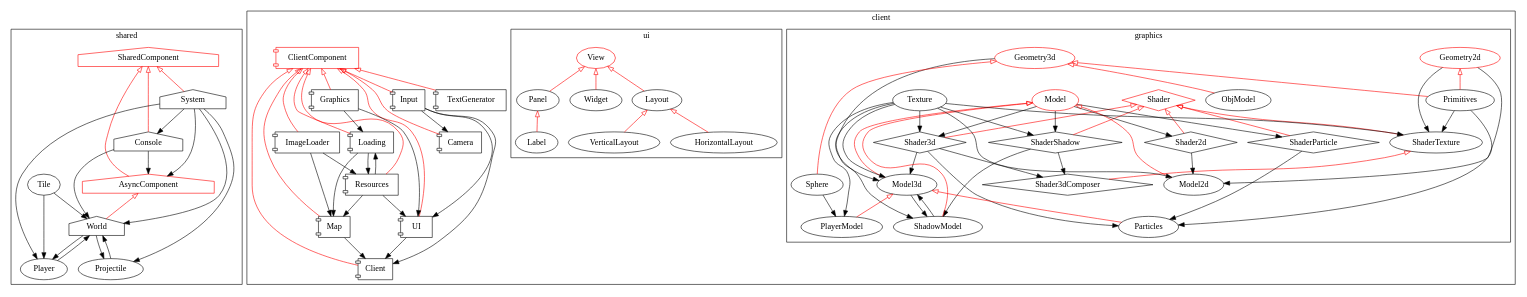
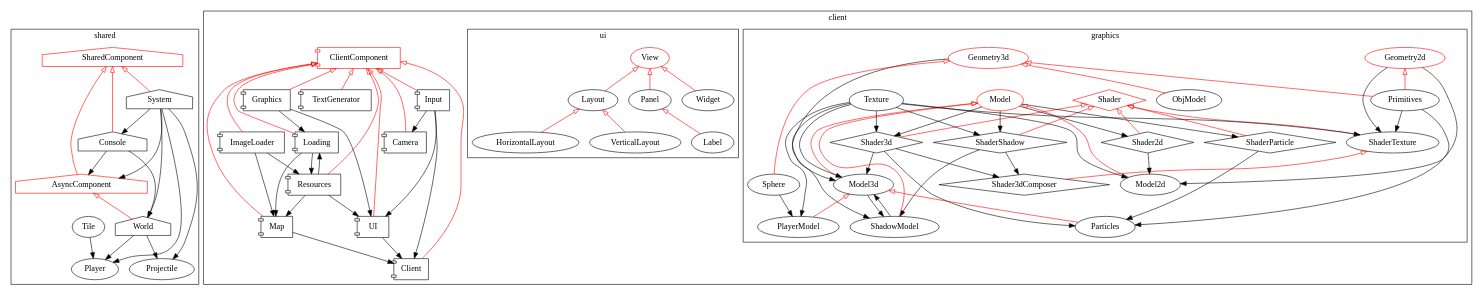
Before and after one commit to AsGreyWolf/Teeworlds3d: the diagram in graph.dot, drawn with Graphviz. The commit also changed 20 other files, not shown here.

```diff
--- a/graph.dot
+++ b/graph.dot
@@ -17,9 +17,6 @@
 		Tile->Player;
 		World->Projectile;
 		System->Projectile;
-		Player->World;
-		Tile->World;
-		Projectile->World;
 		Console->World;
 		System->World;
 		System->Console;
@@ -197,6 +194,7 @@
 	Console->ImageLoader;
 	System->ImageLoader;
 	System->Loading;
+	Projectile->Map;
 
 		Player->PlayerModel;
 		System->PlayerModel;
```
